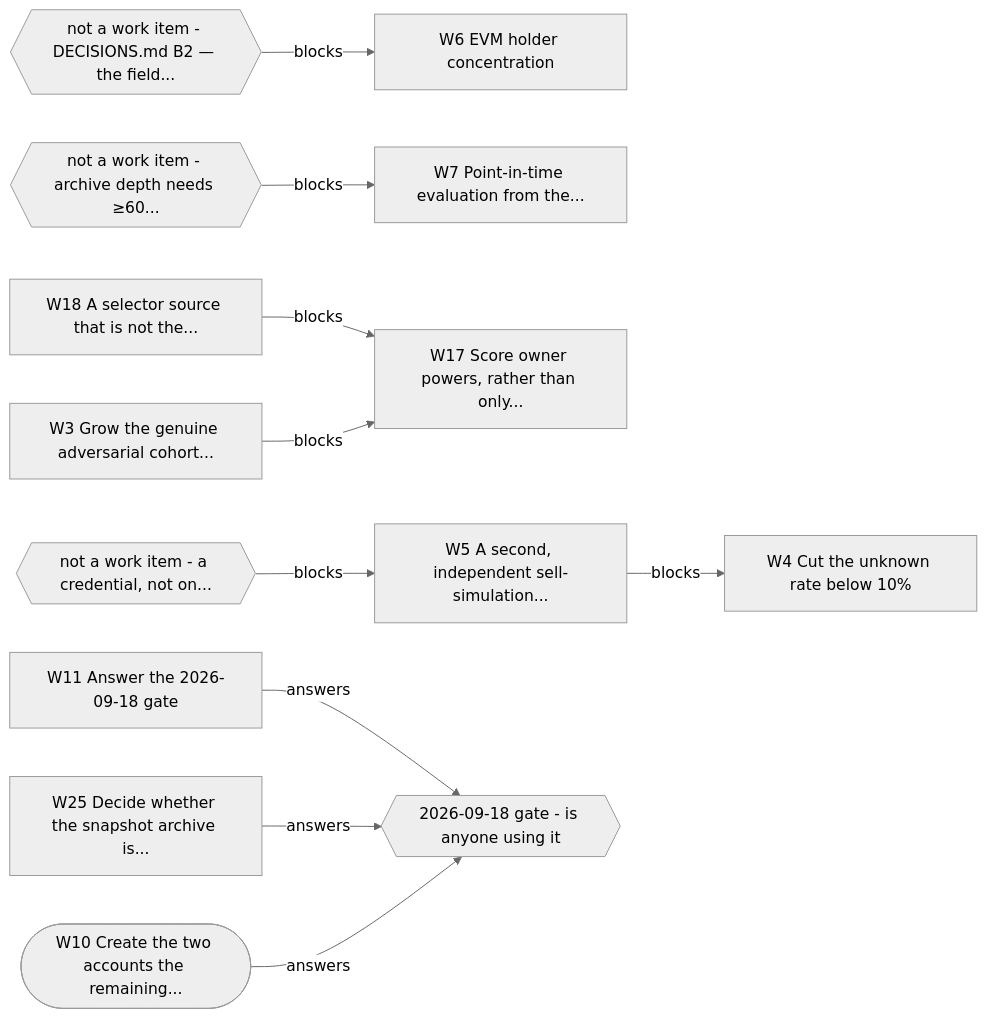
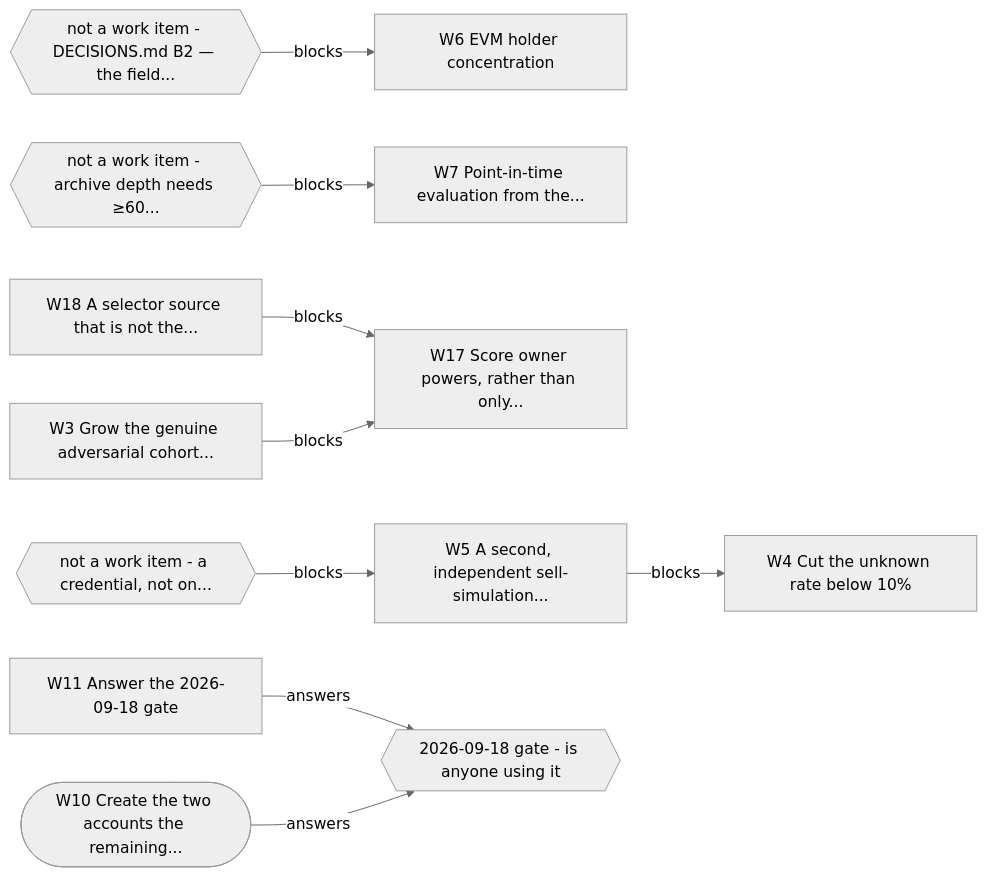
Before and after one commit to jakegu1/vetagent: the second of 2 diagrams in docs/OWNER.md, drawn with Mermaid (neutral theme). The commit also changed other lines of this file and 6 other files, not shown here.

````diff
--- a/docs/OWNER.md
+++ b/docs/OWNER.md
@@ -106,26 +110,24 @@
 ```mermaid
 flowchart LR
     W3[W3 Grow the genuine adversarial cohort...]
     W4[W4 Cut the unknown rate below 10%]
     W6[W6 EVM holder concentration]
     W7[W7 Point-in-time evaluation from the...]
     W17[W17 Score owner powers, rather than only...]
     W18[W18 A selector source that is not the...]
     W5[W5 A second, independent sell-simulation...]
     W10([W10 Create the two accounts the remaining...])
     W11[W11 Answer the 2026-09-18 gate]
-    W25[W25 Decide whether the snapshot archive is...]
     E1{{not a work item - DECISIONS.md B2 — the field...}}
     E2{{not a work item - archive depth needs ≥60...}}
     E3{{not a work item - a credential, not on...}}
     GATE{{2026-09-18 gate - is anyone using it}}
     W5 -->|blocks| W4
     E1 -->|blocks| W6
     E2 -->|blocks| W7
     W18 -->|blocks| W17
     W3 -->|blocks| W17
     E3 -->|blocks| W5
     W11 -->|answers| GATE
-    W25 -->|answers| GATE
     W10 -->|answers| GATE
 ```
````
